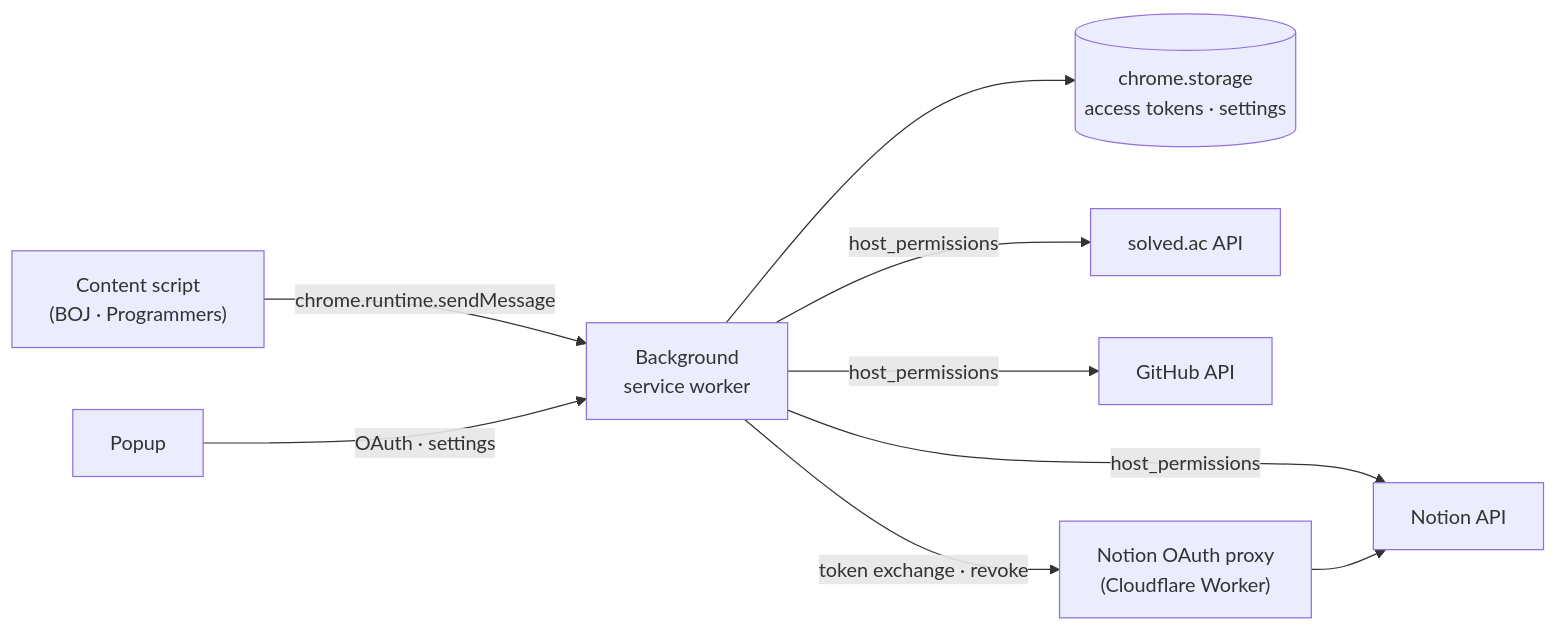
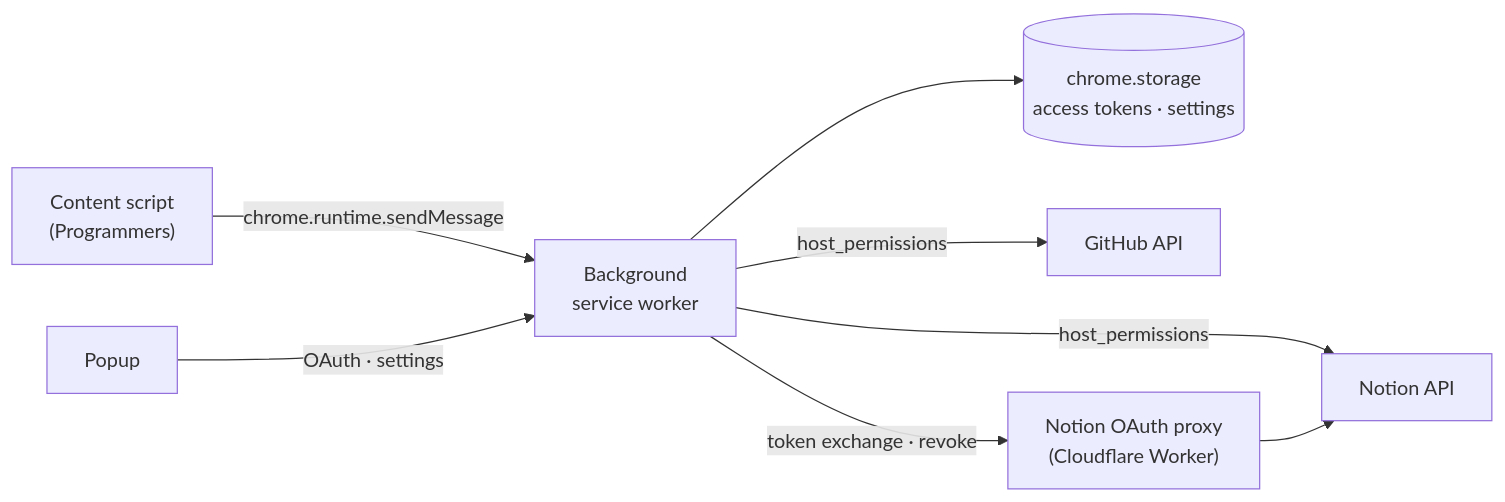
One commit to Seojeonguk/sourceCodeUploader changed the diagram in README.md. Above: the diagram before and after it, drawn with Mermaid. The commit also changed other lines of this file and 37 other files, not shown here.

````diff
--- a/README.md
+++ b/README.md
@@ -48,11 +44,10 @@
 ```mermaid
 flowchart LR
-    CS["Content script<br/>(BOJ · Programmers)"] -->|chrome.runtime.sendMessage| BG["Background<br/>service worker"]
+    CS["Content script<br/>(Programmers)"] -->|chrome.runtime.sendMessage| BG["Background<br/>service worker"]
     POP["Popup"] -->|OAuth · settings| BG
     BG --> ST[("chrome.storage<br/>access tokens · settings")]
-    BG -->|host_permissions| SA["solved.ac API"]
     BG -->|host_permissions| GH["GitHub API"]
     BG -->|host_permissions| NO["Notion API"]
     BG -->|token exchange · revoke| PX["Notion OAuth proxy<br/>(Cloudflare Worker)"]
     PX --> NO
 ```
````
